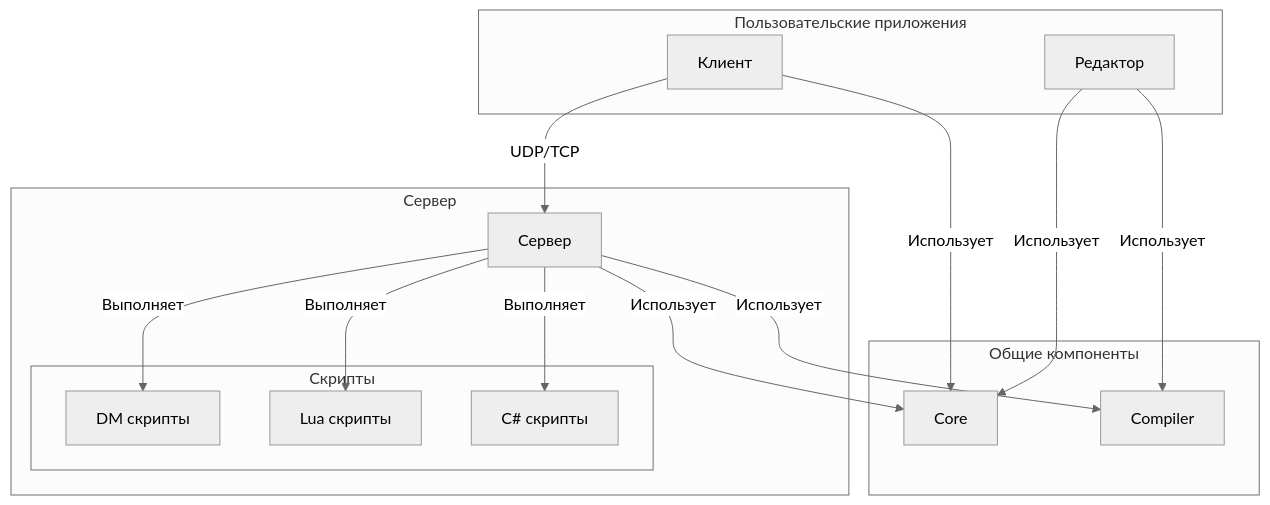
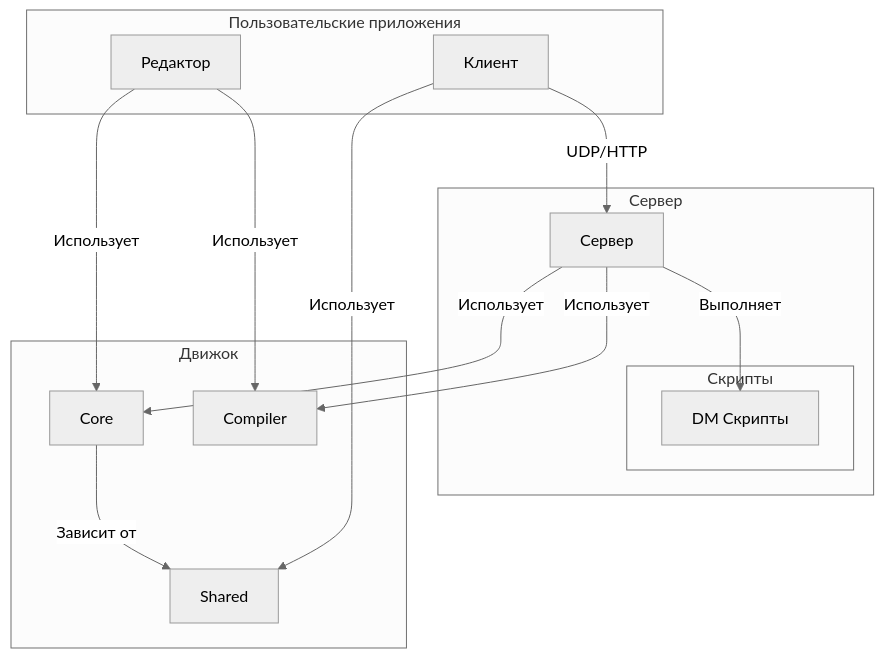
One commit to jojorwu/BYOND-2.0 changed the diagram in docs/ru/architecture.md. Above: the diagram before and after it, drawn with Mermaid (neutral theme). The commit also changed other lines of this file and 1 other file, not shown here.

First line of the commit message:
feat(docs): enhance architecture documentation with more detail

````diff
--- a/docs/ru/architecture.md
+++ b/docs/ru/architecture.md
@@ -25,31 +36,30 @@
 ```mermaid
 graph TD
     subgraph "Пользовательские приложения"
         C[Клиент]
         E[Редактор]
     end
 
     subgraph "Сервер"
         S[Сервер]
         subgraph "Скрипты"
-            DM[DM скрипты]
-            LUA[Lua скрипты]
-            CS[C# скрипты]
+            DM[DM Скрипты]
         end
     end
 
-    subgraph "Общие компоненты"
+    subgraph "Движок"
         Co[Core]
+        Sh[Shared]
         CMP[Compiler]
     end
 
-    C -- "UDP/TCP" --> S
+    Co -- "Зависит от" --> Sh
     S -- "Использует" --> Co
-    C -- "Использует" --> Co
+    C -- "Использует" --> Sh
     E -- "Использует" --> Co
     E -- "Использует" --> CMP
     S -- "Использует" --> CMP
     S -- "Выполняет" --> DM
-    S -- "Выполняет" --> LUA
-    S -- "Выполняет" --> CS
+
+    C -- "UDP/HTTP" --> S
 ```
````
